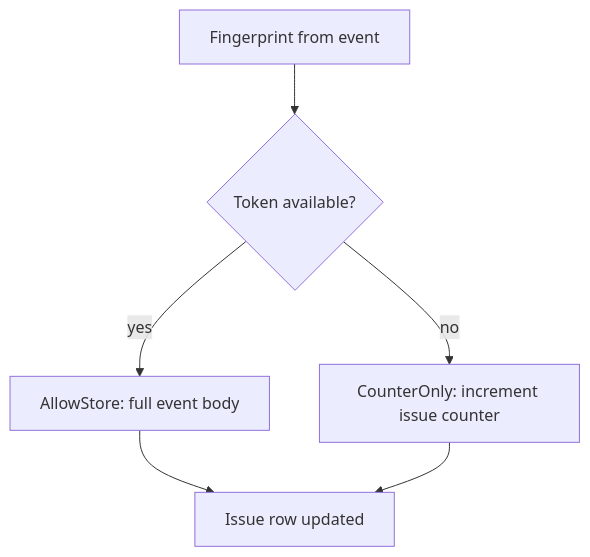
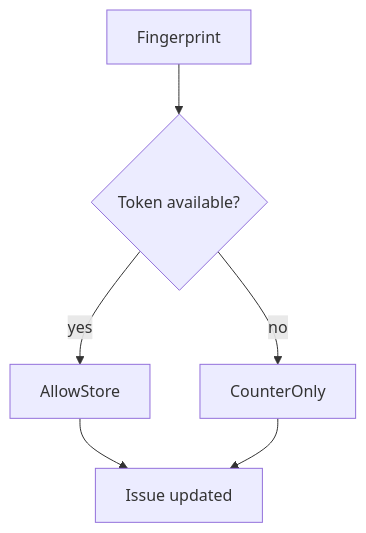
Before and after one commit to epure-sh/epure: the third of 3 diagrams in docs/ARCHITECTURE.md, drawn with Mermaid. The commit also changed other lines of this file and 11 other files, not shown here.

````diff
--- a/docs/ARCHITECTURE.md
+++ b/docs/ARCHITECTURE.md
@@ -80,8 +63,8 @@
 ```mermaid
 graph TD
-  FP[Fingerprint from event] --> CHECK{Token available?}
-  CHECK -->|yes| STORE[AllowStore: full event body]
-  CHECK -->|no| COUNT[CounterOnly: increment issue counter]
-  STORE --> ISSUE[Issue row updated]
+  FP[Fingerprint] --> CHECK{Token available?}
+  CHECK -->|yes| STORE[AllowStore]
+  CHECK -->|no| COUNT[CounterOnly]
+  STORE --> ISSUE[Issue updated]
   COUNT --> ISSUE
 ```
````
